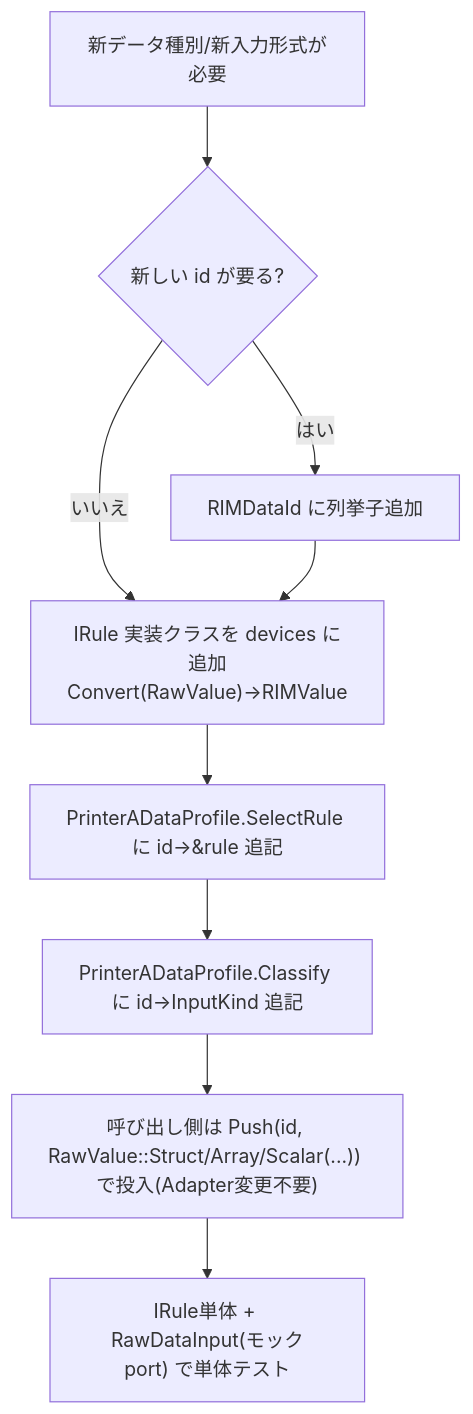
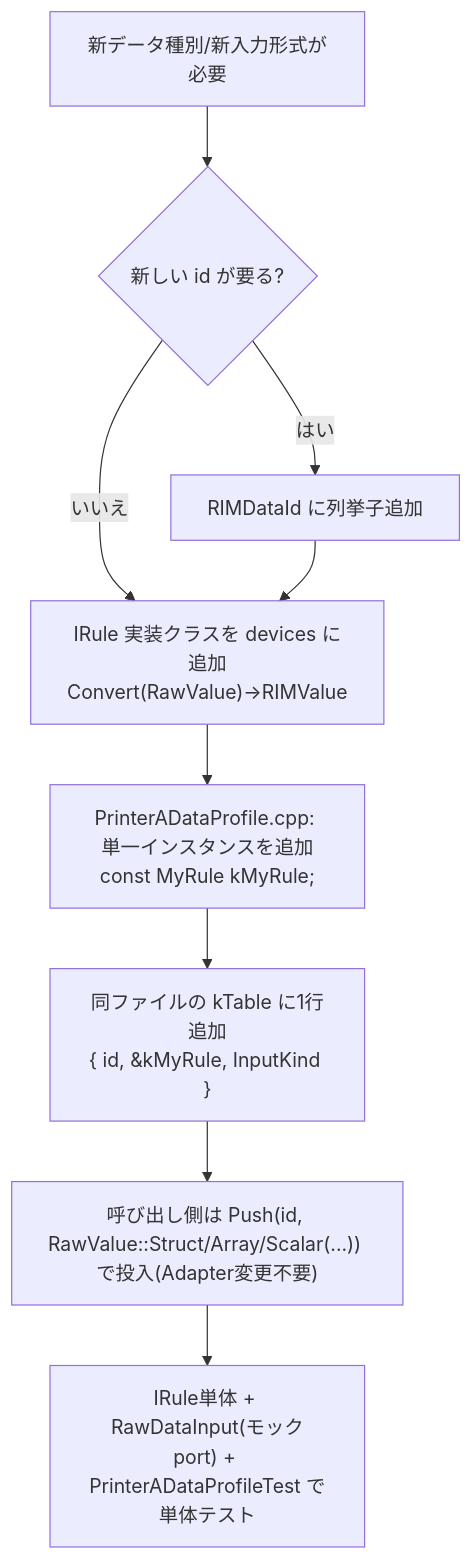
Before and after one commit to ceedling-vxworks-test-generator/printer-fw: the fourth of 5 diagrams in docs/adapter/04_シーケンス図.md, drawn with Mermaid. The commit also changed other lines of this file and 7 other files, not shown here.

````diff
--- a/docs/adapter/04_シーケンス図.md
+++ b/docs/adapter/04_シーケンス図.md
@@ -71,11 +71,11 @@
 ```mermaid
 flowchart TD
     A["新データ種別/新入力形式が必要"] --> B{"新しい id が要る?"}
     B -- はい --> C["RIMDataId に列挙子追加"]
     B -- いいえ --> D
     C --> D["IRule 実装クラスを devices に追加<br/>Convert(RawValue)→RIMValue"]
-    D --> E["PrinterADataProfile.SelectRule に id→&rule 追記"]
-    E --> F["PrinterADataProfile.Classify に id→InputKind 追記"]
+    D --> E["PrinterADataProfile.cpp: 単一インスタンスを追加<br/>const MyRule kMyRule;"]
+    E --> F["同ファイルの kTable に1行追加<br/>{ id, &kMyRule, InputKind }"]
     F --> G["呼び出し側は Push(id, RawValue::Struct/Array/Scalar(...)) で投入(Adapter変更不要)"]
-    G --> H["IRule単体 + RawDataInput(モックport) で単体テスト"]
+    G --> H["IRule単体 + RawDataInput(モックport) + PrinterADataProfileTest で単体テスト"]
 ```
````
